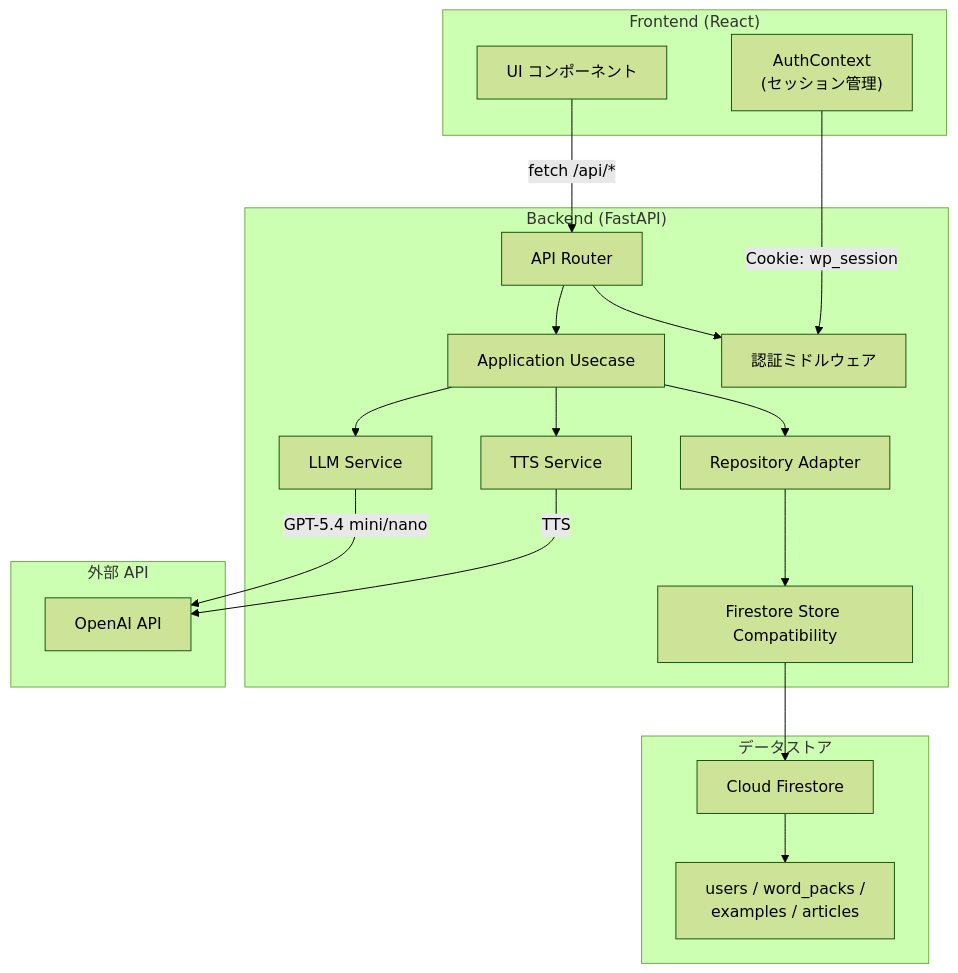
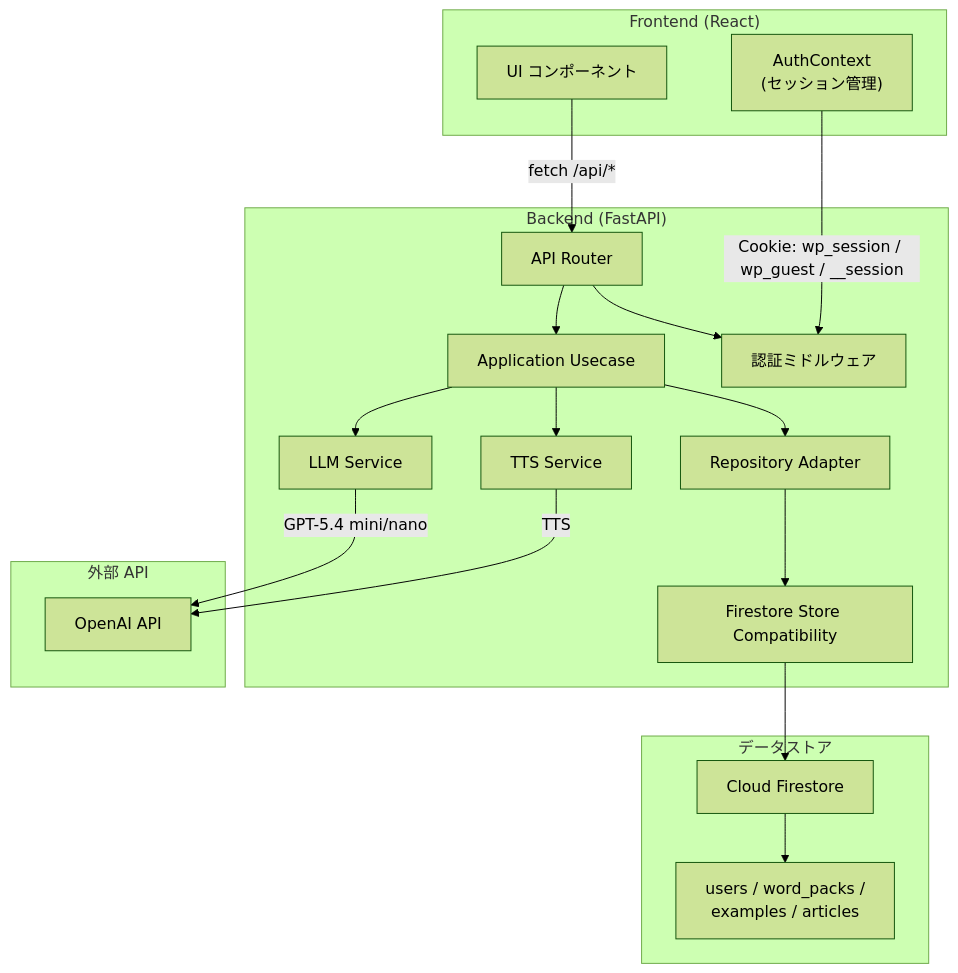
Before and after one commit to RiSEblackbird/wordpack-for-english: the sixth of 6 diagrams in docs/infrastructure.md, drawn with Mermaid (forest theme). The commit also changed 11 other files, not shown here.

````diff
--- a/docs/infrastructure.md
+++ b/docs/infrastructure.md
@@ -259,39 +259,39 @@
 ```mermaid
 flowchart TB
     subgraph Frontend["Frontend (React)"]
         UI["UI コンポーネント"]
         AuthContext["AuthContext<br/>(セッション管理)"]
     end
 
     subgraph Backend["Backend (FastAPI)"]
         Router["API Router"]
         Usecase["Application Usecase"]
         Auth["認証ミドルウェア"]
         LLMService["LLM Service"]
         TTSService["TTS Service"]
         Repository["Repository Adapter"]
         Store["Firestore Store Compatibility"]
     end
 
     subgraph Data["データストア"]
         Firestore["Cloud Firestore"]
         Collections["users / word_packs /<br/>examples / articles"]
     end
 
     subgraph External["外部 API"]
         OpenAI["OpenAI API"]
     end
 
     UI -->|fetch /api/*| Router
     Router --> Auth
     Router --> Usecase
     Usecase --> LLMService
     Usecase --> TTSService
     Usecase --> Repository
     Repository --> Store
     LLMService -->|GPT-5.4 mini/nano| OpenAI
     TTSService -->|TTS| OpenAI
     Store --> Firestore
     Firestore --> Collections
-    AuthContext -->|Cookie: wp_session| Auth
+    AuthContext -->|Cookie: wp_session / wp_guest / __session| Auth
 ```
````
